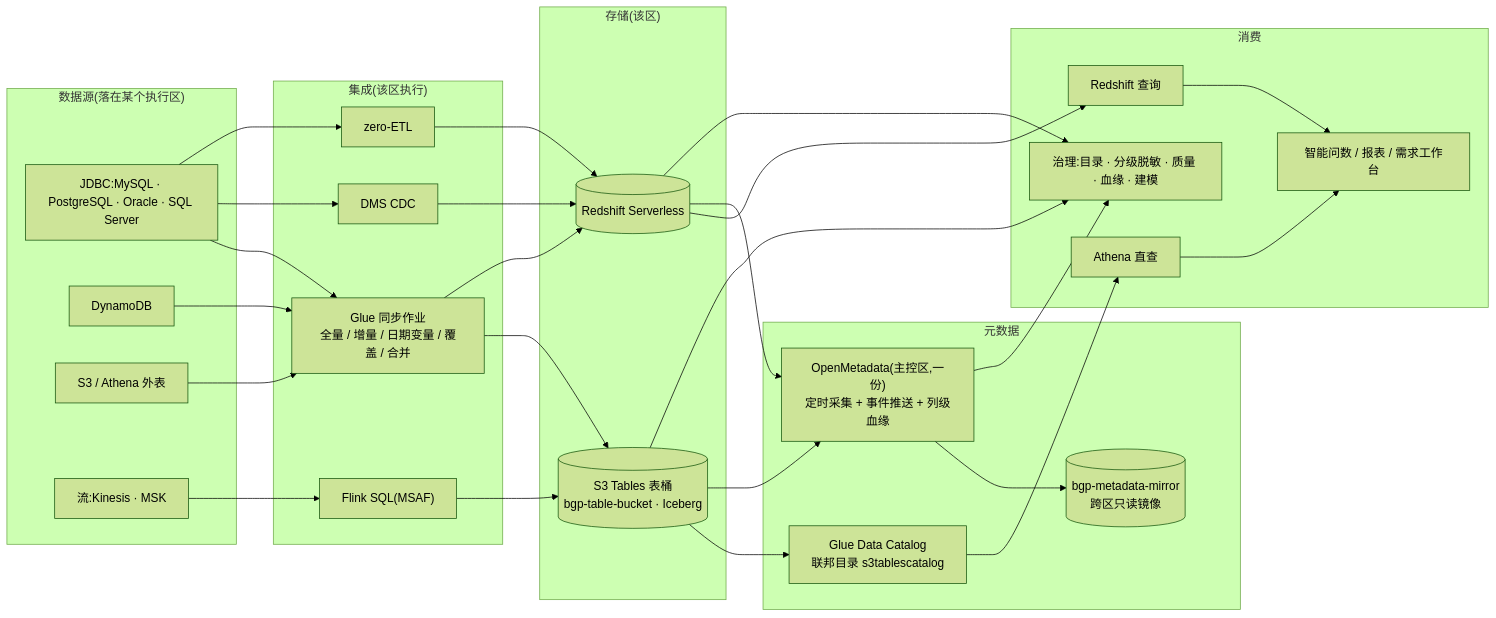
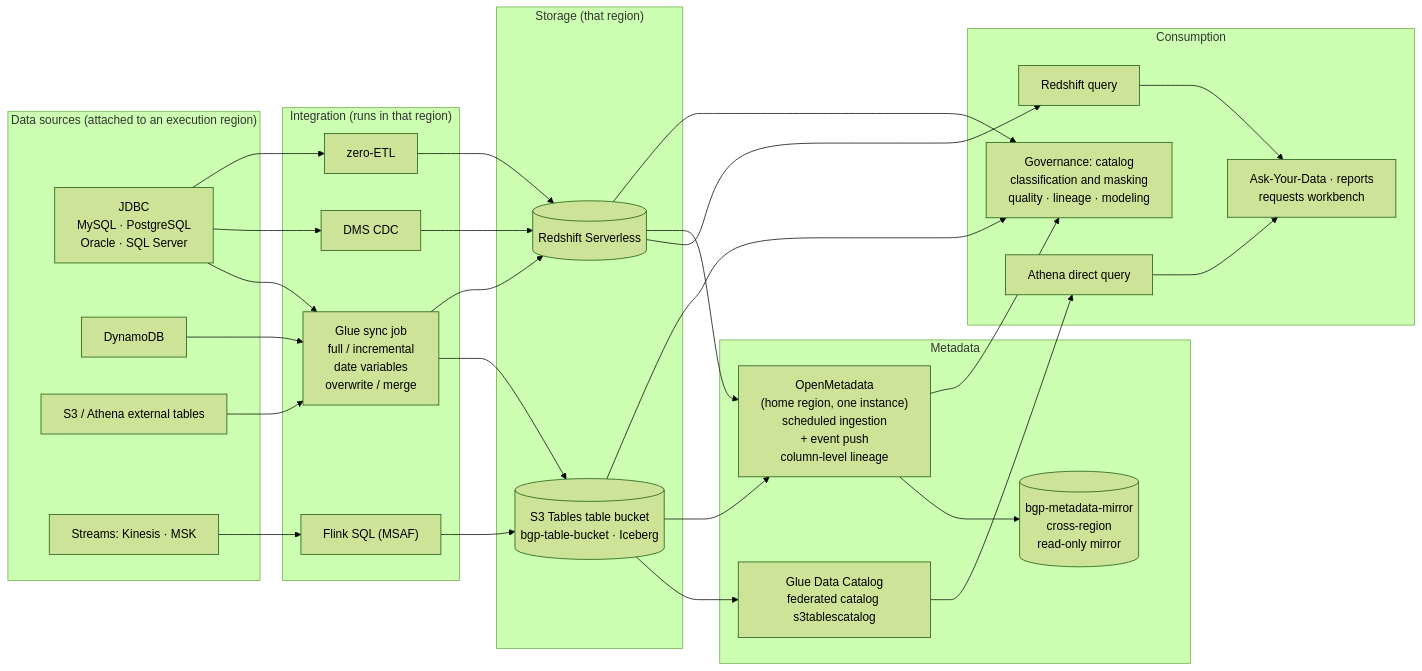
One commit to aws-samples/sample-kingfisher changed the diagram in docs/diagrams/src/mr-data-flow.mmd. Above: the diagram before and after it, drawn with Mermaid (forest theme). The commit also changed 95 other files, not shown here.

```diff
--- a/docs/diagrams/src/mr-data-flow.mmd
+++ b/docs/diagrams/src/mr-data-flow.mmd
@@ -1,37 +1,37 @@
 flowchart LR
-  subgraph SRC["数据源(落在某个执行区)"]
-    J["JDBC:MySQL · PostgreSQL · Oracle · SQL Server"]
+  subgraph SRC["Data sources (attached to an execution region)"]
+    J["JDBC<br/>MySQL · PostgreSQL<br/>Oracle · SQL Server"]
     N["DynamoDB"]
-    O["S3 / Athena 外表"]
-    ST["流:Kinesis · MSK"]
+    O["S3 / Athena external tables"]
+    ST["Streams: Kinesis · MSK"]
   end
-  subgraph ING["集成(该区执行)"]
-    GL["Glue 同步作业<br/>全量 / 增量 / 日期变量 / 覆盖 / 合并"]
+  subgraph ING["Integration (runs in that region)"]
+    GL["Glue sync job<br/>full / incremental<br/>date variables<br/>overwrite / merge"]
     DMS["DMS CDC"]
     ZE["zero-ETL"]
-    FL["Flink SQL(MSAF)"]
+    FL["Flink SQL (MSAF)"]
   end
-  subgraph STORE["存储(该区)"]
-    S3T[("S3 Tables 表桶<br/>bgp-table-bucket · Iceberg")]
+  subgraph STORE["Storage (that region)"]
+    S3T[("S3 Tables table bucket<br/>bgp-table-bucket · Iceberg")]
     RS[("Redshift Serverless")]
   end
-  subgraph META["元数据"]
-    GDC["Glue Data Catalog<br/>联邦目录 s3tablescatalog"]
-    OM["OpenMetadata(主控区,一份)<br/>定时采集 + 事件推送 + 列级血缘"]
-    MIR[("bgp-metadata-mirror<br/>跨区只读镜像")]
+  subgraph META["Metadata"]
+    GDC["Glue Data Catalog<br/>federated catalog s3tablescatalog"]
+    OM["OpenMetadata<br/>(home region, one instance)<br/>scheduled ingestion<br/>+ event push<br/>column-level lineage"]
+    MIR[("bgp-metadata-mirror<br/>cross-region<br/>read-only mirror")]
   end
-  subgraph USE["消费"]
-    ATH["Athena 直查"]
-    RSQ["Redshift 查询"]
-    GB["智能问数 / 报表 / 需求工作台"]
-    GOV["治理:目录 · 分级脱敏 · 质量 · 血缘 · 建模"]
+  subgraph USE["Consumption"]
+    ATH["Athena direct query"]
+    RSQ["Redshift query"]
+    GB["Ask-Your-Data · reports<br/>requests workbench"]
+    GOV["Governance: catalog<br/>classification and masking<br/>quality · lineage · modeling"]
   end
   J & N & O --> GL --> S3T & RS
   J --> DMS --> RS
   J --> ZE --> RS
   ST --> FL --> S3T
   S3T --> GDC --> ATH
   RS --> RSQ
   S3T & RS --> OM --> MIR
   ATH & RSQ --> GB
   OM & RS & S3T --> GOV
```
